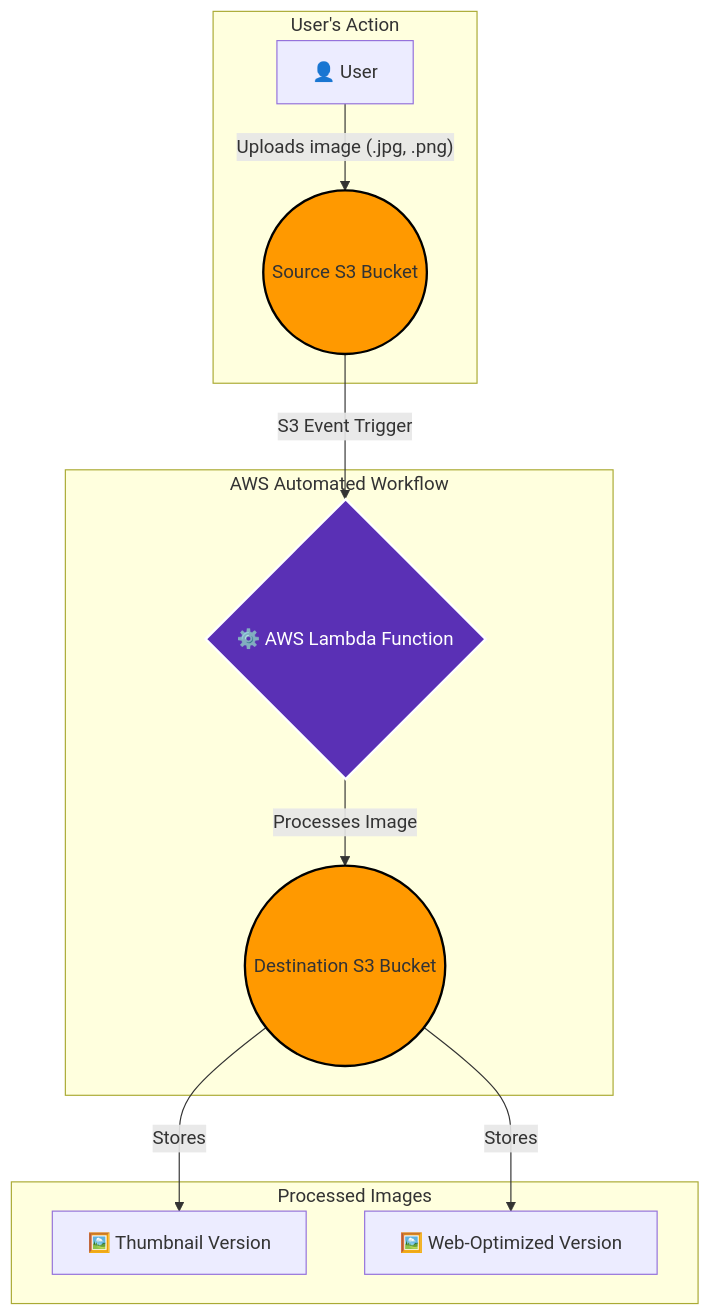
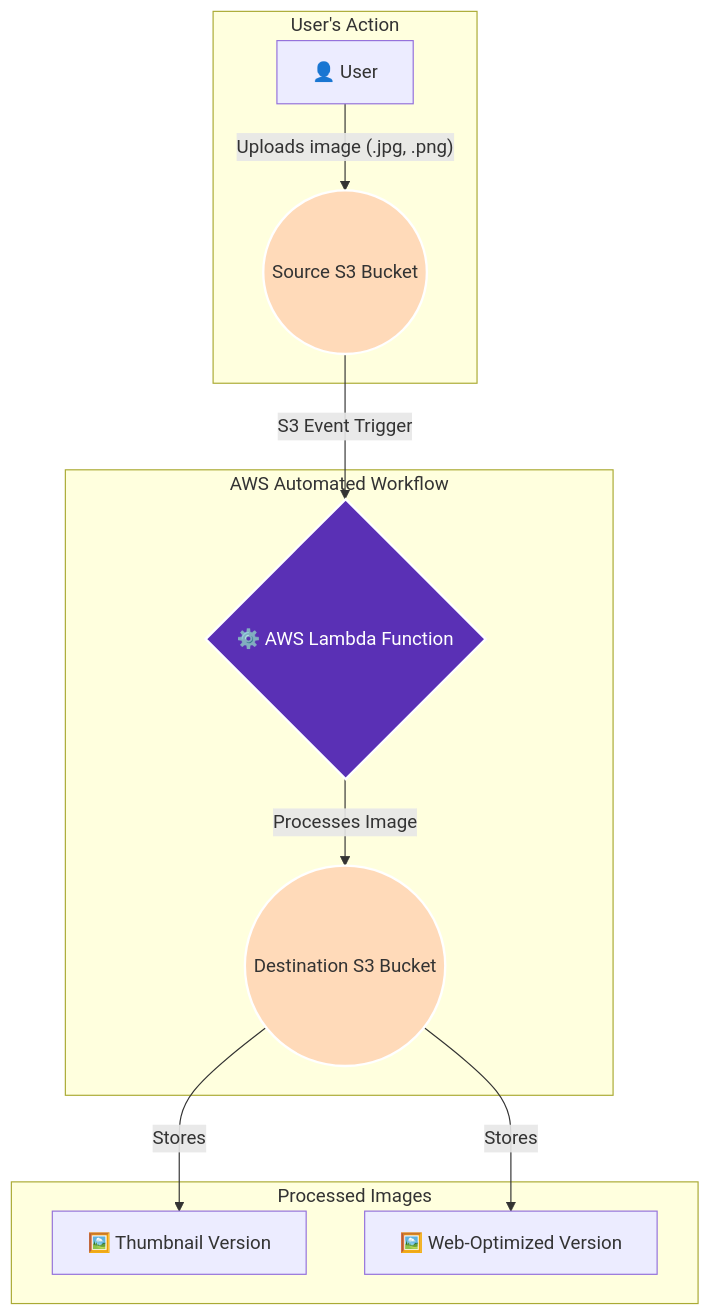
One commit to yashuhs/aws-image-processing-pipeline changed the diagram in README.md. Above: the diagram before and after it, drawn with Mermaid. The commit also changed other lines of this file, not shown here.

````diff
--- a/README.md
+++ b/README.md
@@ -9,20 +9,20 @@
 ```mermaid
 graph TD;
     subgraph "User's Action"
         A[👤 User] -- Uploads image (.jpg, .png) --> B((Source S3 Bucket));
     end
 
     subgraph "AWS Automated Workflow"
         B -- S3 Event Trigger --> C{⚙️ AWS Lambda Function};
         C -- Processes Image --> D((Destination S3 Bucket));
     end
 
     subgraph "Processed Images"
         D -- Stores --> E[🖼️ Thumbnail Version];
         D -- Stores --> F[🖼️ Web-Optimized Version];
     end
 
-    style B fill:#FF9900,stroke:#000000,stroke-width:2px
-    style D fill:#FF9900,stroke:#000000,stroke-width:2px
+    style B fill:#FFDAB9,stroke:#FFFFFF,stroke-width:2px
+    style D fill:#FFDAB9,stroke:#FFFFFF,stroke-width:2px
     style C fill:#5A30B5,stroke:#FFFFFF,stroke-width:2px,color:#FFFFFF
 ```
````
